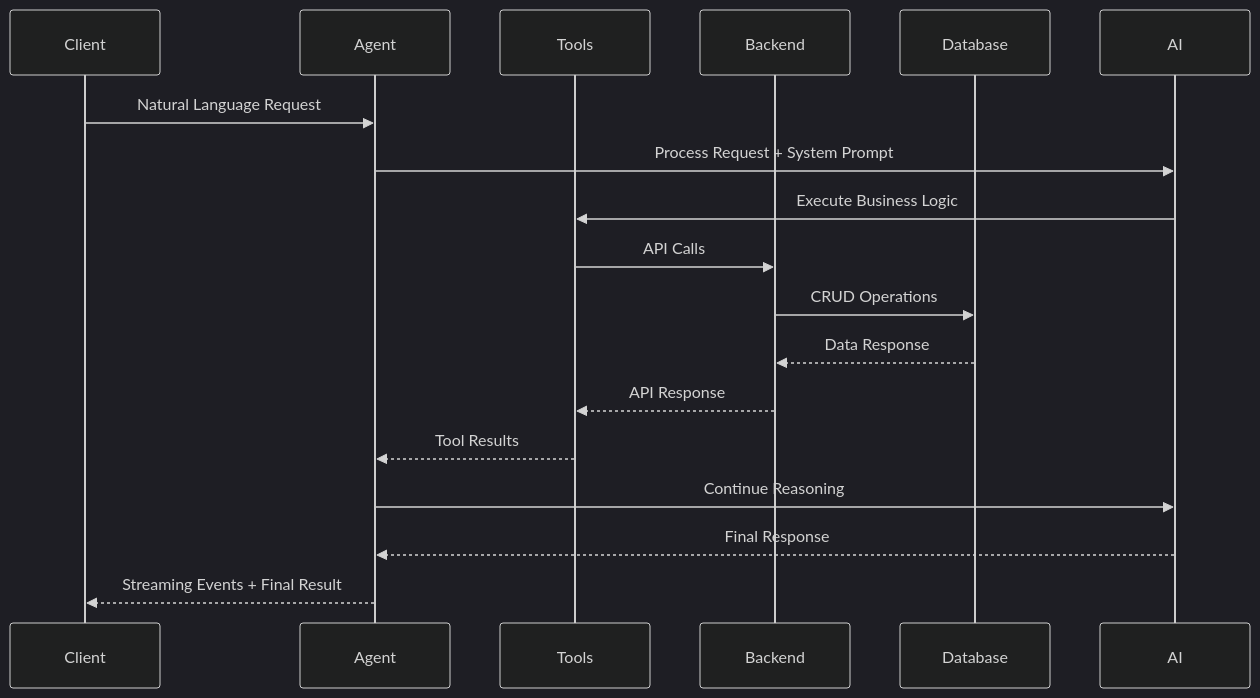
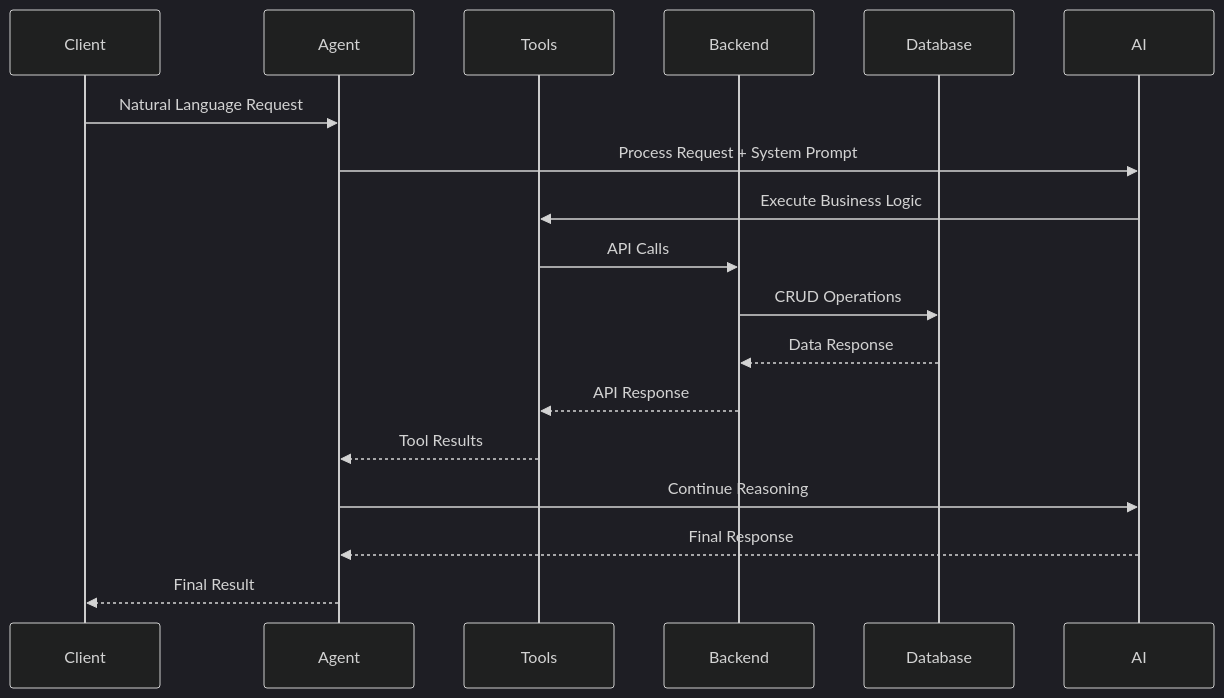
One commit to camrenhall/luceron-ai-communications-agent changed the second of 2 diagrams in README.md. Above: the diagram before and after it, drawn with Mermaid (dark theme). The commit also changed other lines of this file and 14 other files, not shown here.

````diff
--- a/README.md
+++ b/README.md
@@ -105,21 +101,21 @@
 ```mermaid
 sequenceDiagram
     participant Client
     participant Agent
     participant Tools
     participant Backend
     participant Database
     participant AI
 
     Client->>Agent: Natural Language Request
     Agent->>AI: Process Request + System Prompt
     AI->>Tools: Execute Business Logic
     Tools->>Backend: API Calls
     Backend->>Database: CRUD Operations
     Database-->>Backend: Data Response
     Backend-->>Tools: API Response
     Tools-->>Agent: Tool Results
     Agent->>AI: Continue Reasoning
     AI-->>Agent: Final Response
-    Agent-->>Client: Streaming Events + Final Result
+    Agent-->>Client: Final Result
 ```
````
